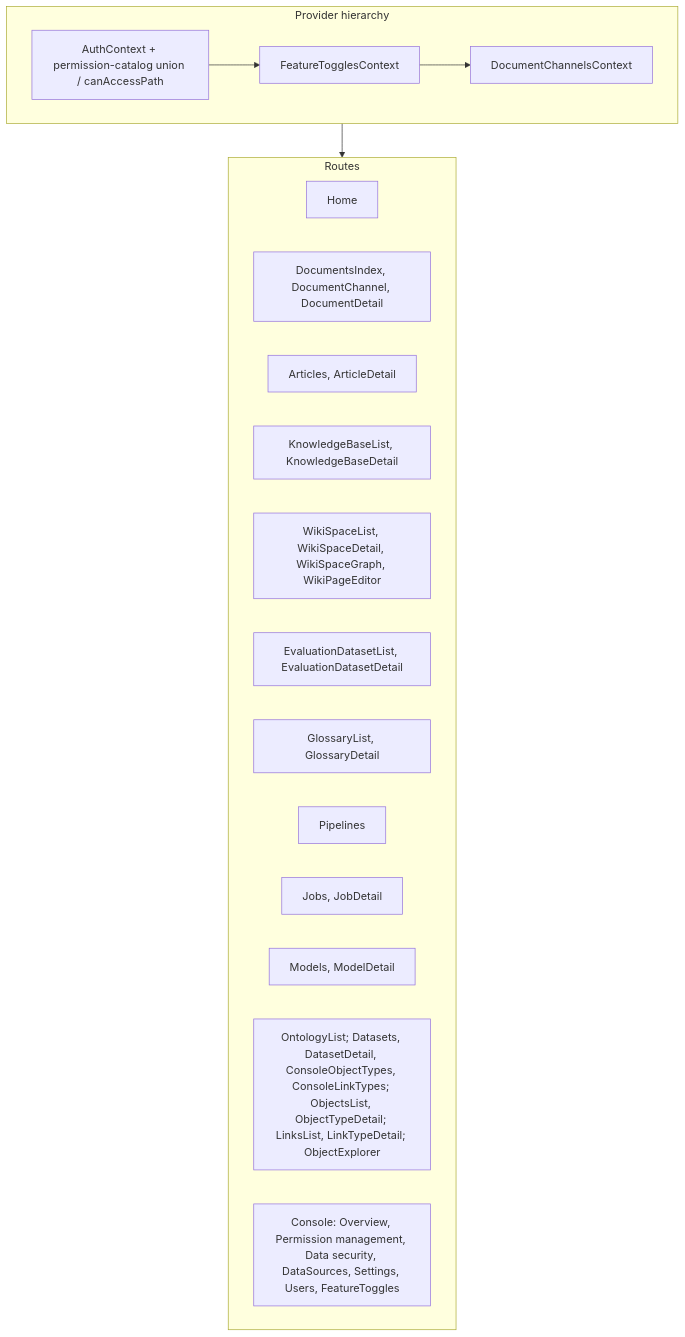
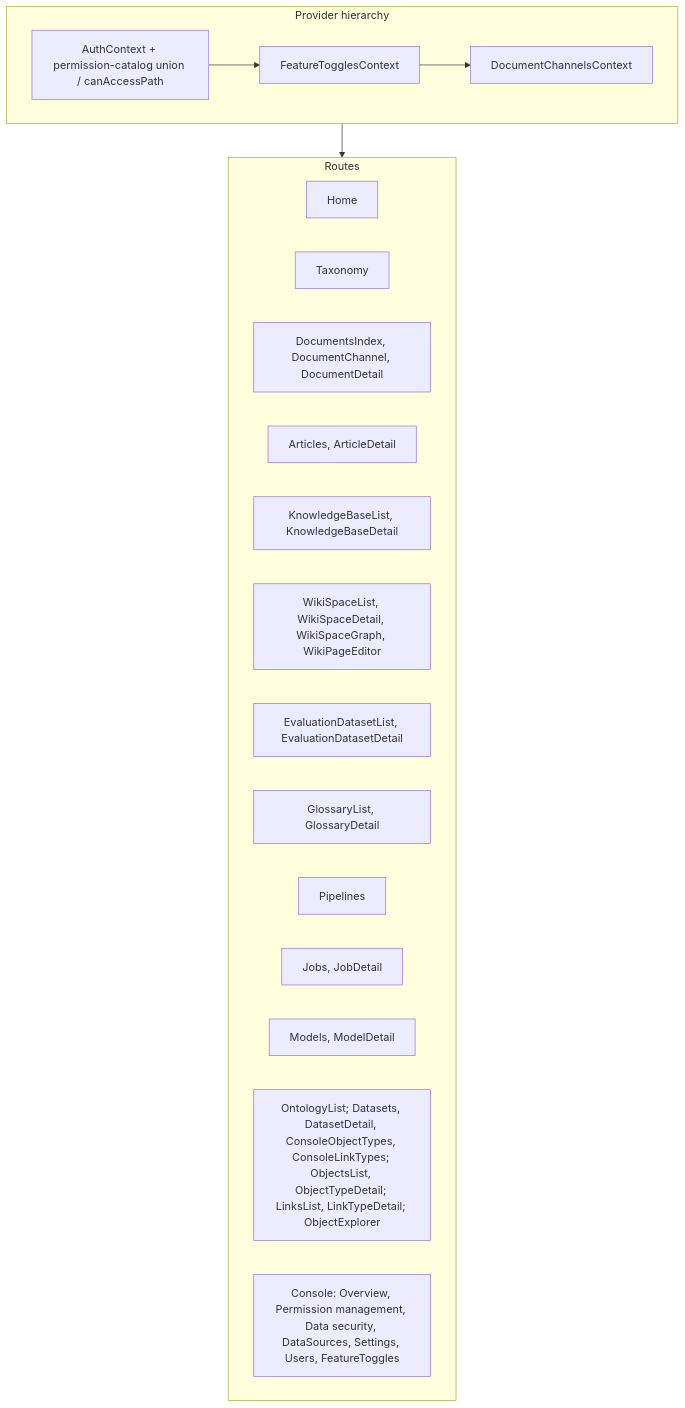
Before and after one commit to yingrui/openKMS: the second of 5 diagrams in docs/architecture.md, drawn with Mermaid. The commit also changed other lines of this file and 35 other files, not shown here.

````diff
--- a/docs/architecture.md
+++ b/docs/architecture.md
@@ -63,27 +63,28 @@
 ```mermaid
 flowchart TB
   subgraph Providers["Provider hierarchy"]
     Auth[AuthContext + permission-catalog union / canAccessPath]
     FT[FeatureTogglesContext]
     DC[DocumentChannelsContext]
     Auth --> FT
     FT --> DC
   end
 
   subgraph Pages["Routes"]
     Home[Home]
+    TaxonomyPage[Taxonomy]
     Docs[DocumentsIndex, DocumentChannel, DocumentDetail]
     Articles[Articles, ArticleDetail]
     KB[KnowledgeBaseList, KnowledgeBaseDetail]
     Wiki[WikiSpaceList, WikiSpaceDetail, WikiSpaceGraph, WikiPageEditor]
     Eval[EvaluationDatasetList, EvaluationDatasetDetail]
     Glossaries[GlossaryList, GlossaryDetail]
     Pipelines[Pipelines]
     Jobs[Jobs, JobDetail]
     Models[Models, ModelDetail]
     Ontology[OntologyList; Datasets, DatasetDetail, ConsoleObjectTypes, ConsoleLinkTypes; ObjectsList, ObjectTypeDetail; LinksList, LinkTypeDetail; ObjectExplorer]
     Console[Console: Overview, Permission management, Data security, DataSources, Settings, Users, FeatureToggles]
   end
 
   Providers --> Pages
 ```
````
